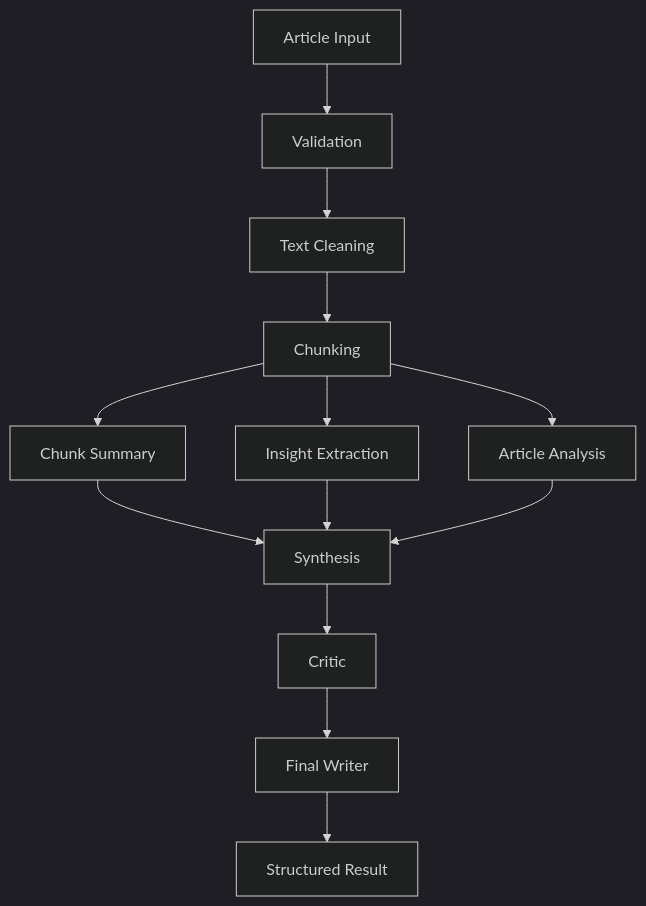
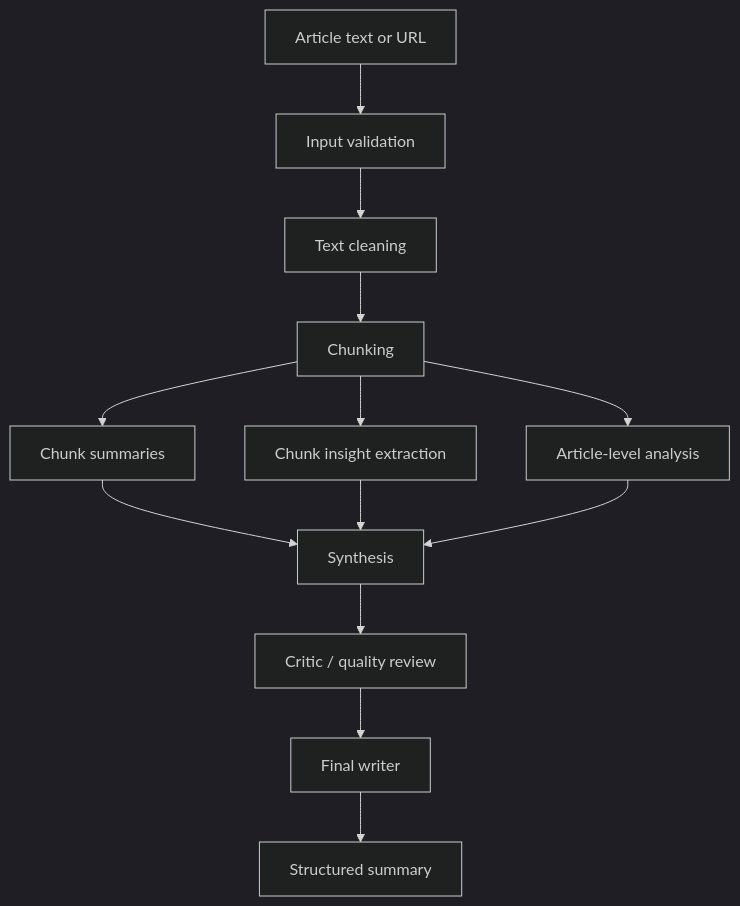
One commit to Balarithik/Ai-Summariser changed the diagram in README.md. Above: the diagram before and after it, drawn with Mermaid (dark theme). The commit also changed other lines of this file, not shown here.

Commit message:
docs: rewrite project README with architecture and setup

````diff
--- a/README.md
+++ b/README.md
@@ -40,15 +44,15 @@
 ```mermaid
 flowchart TD
-    A[Article Input] --> B[Validation]
-    B --> C[Text Cleaning]
+    A[Article text or URL] --> B[Input validation]
+    B --> C[Text cleaning]
     C --> D[Chunking]
-    D --> E[Article Analysis]
-    D --> F[Chunk Summary]
-    D --> G[Insight Extraction]
+    D --> E[Article-level analysis]
+    D --> F[Chunk summaries]
+    D --> G[Chunk insight extraction]
     F --> H[Synthesis]
     G --> H
     E --> H
-    H --> I[Critic]
-    I --> J[Final Writer]
-    J --> K[Structured Result]
+    H --> I[Critic / quality review]
+    I --> J[Final writer]
+    J --> K[Structured summary]
 ```
````
